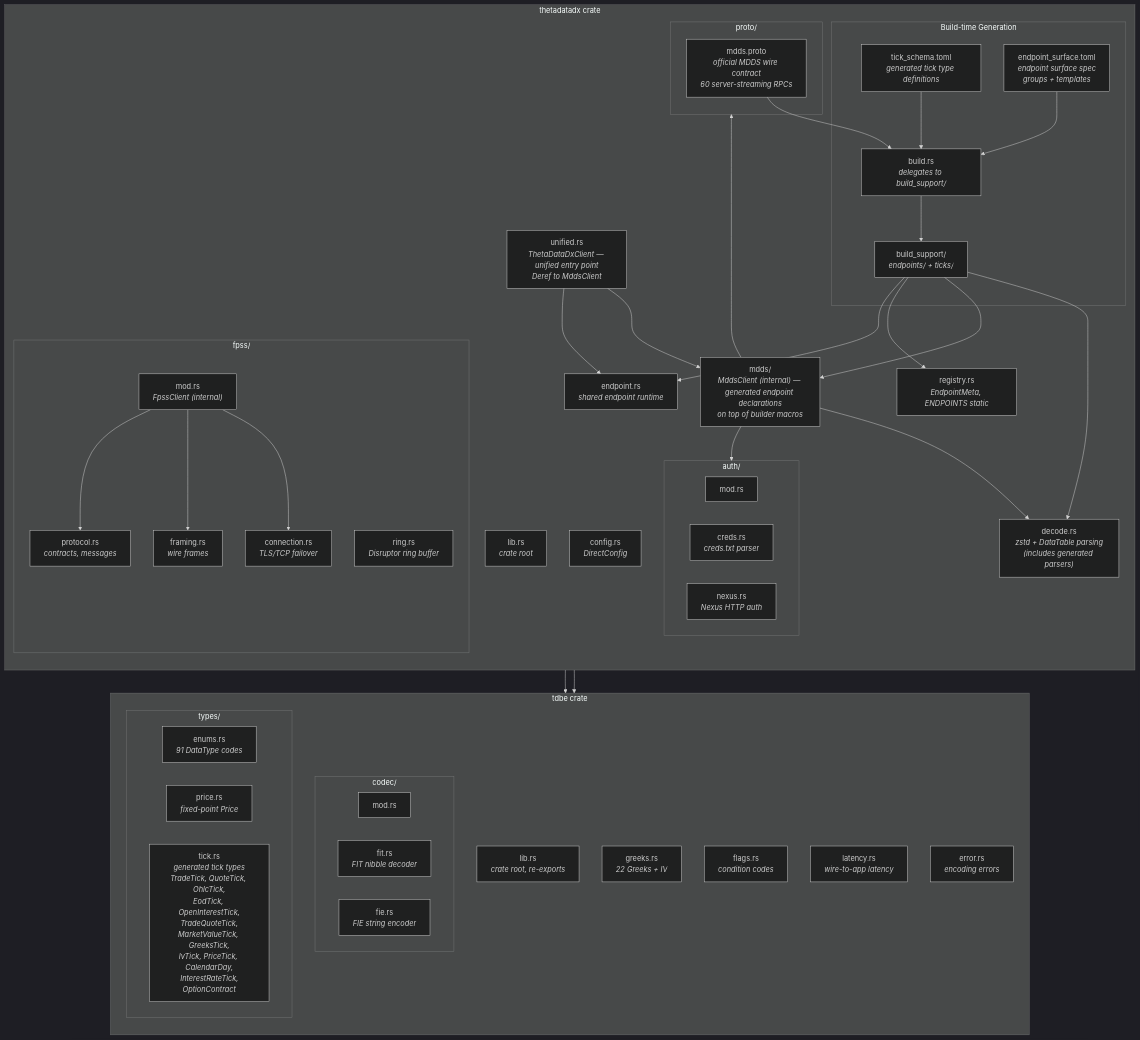
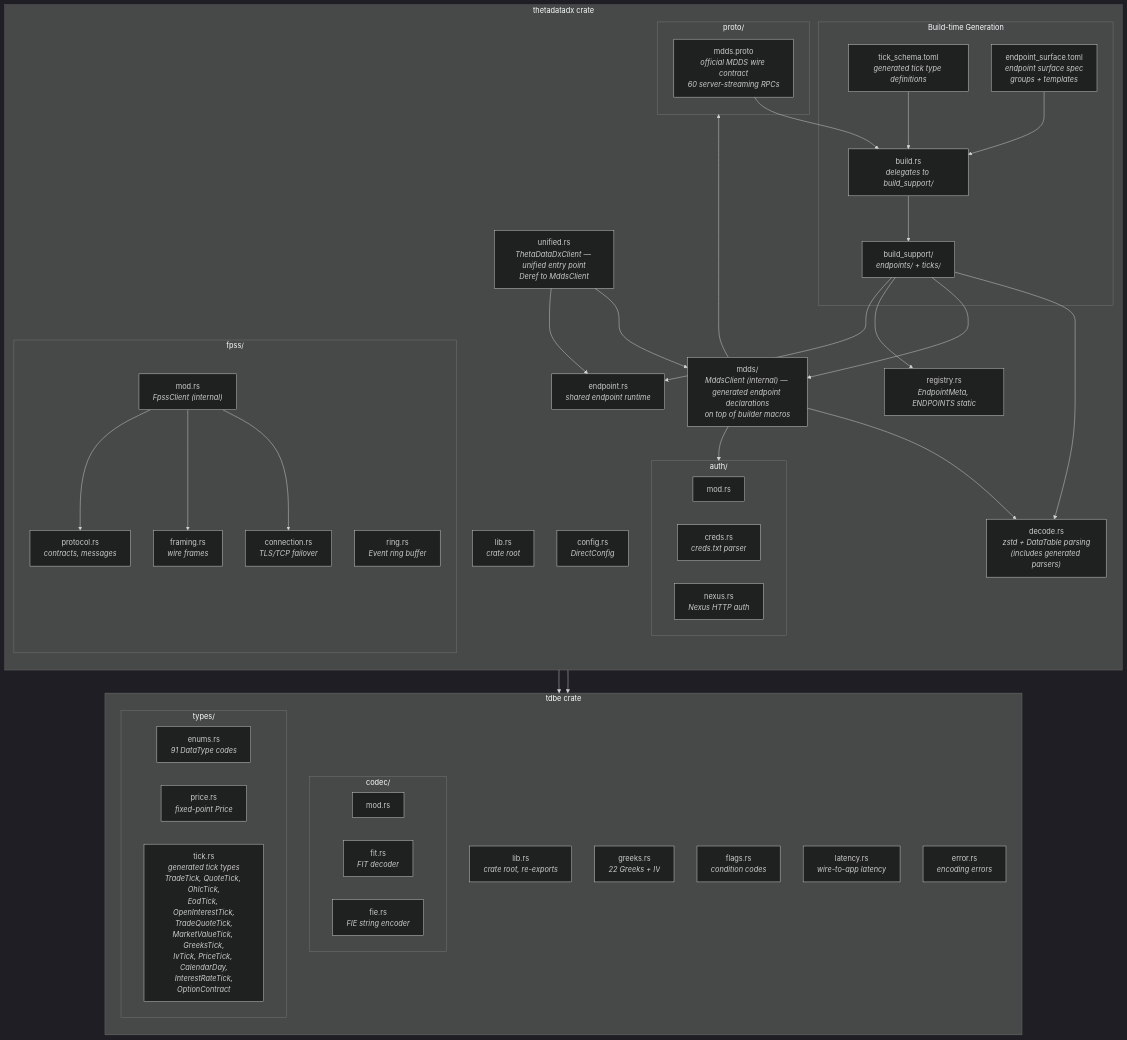
Before and after one commit to userFRM/ThetaDataDx: diagram 15 of 15 in docs/architecture.md, drawn with Mermaid (dark theme). The commit also changed other lines of this file and 252 other files, not shown here.

````diff
--- a/docs/architecture.md
+++ b/docs/architecture.md
@@ -516,80 +516,80 @@
 ```mermaid
 graph TD
     subgraph "tdbe crate"
         direction TB
         TDBE_LIB["lib.rs<br/><i>crate root, re-exports</i>"]
 
         subgraph tdbe_codec["codec/"]
             C_MOD["mod.rs"]
-            C_FIT["fit.rs<br/><i>FIT nibble decoder</i>"]
+            C_FIT["fit.rs<br/><i>FIT decoder</i>"]
             C_FIE["fie.rs<br/><i>FIE string encoder</i>"]
         end
 
         subgraph tdbe_types["types/"]
             T_ENUM["enums.rs<br/><i>91 DataType codes</i>"]
             T_PRICE["price.rs<br/><i>fixed-point Price</i>"]
             T_TICK["tick.rs<br/><i>generated tick types<br/>TradeTick, QuoteTick, OhlcTick,<br/>EodTick, OpenInterestTick,<br/>TradeQuoteTick,<br/>MarketValueTick, GreeksTick,<br/>IvTick, PriceTick, CalendarDay,<br/>InterestRateTick,<br/>OptionContract</i>"]
         end
 
         TDBE_GREEKS["greeks.rs<br/><i>22 Greeks + IV</i>"]
         TDBE_FLAGS["flags.rs<br/><i>condition codes</i>"]
         TDBE_LATENCY["latency.rs<br/><i>wire-to-app latency</i>"]
         TDBE_ERROR["error.rs<br/><i>encoding errors</i>"]
     end
 
     subgraph "thetadatadx crate"
         direction TB
         LIB["lib.rs<br/><i>crate root</i>"]
 
         subgraph auth["auth/"]
             A_MOD["mod.rs"]
             A_CREDS["creds.rs<br/><i>creds.txt parser</i>"]
             A_NEXUS["nexus.rs<br/><i>Nexus HTTP auth</i>"]
         end
 
         subgraph fpss["fpss/"]
             F_MOD["mod.rs<br/><i>FpssClient (internal)</i>"]
             F_CONN["connection.rs<br/><i>TLS/TCP failover</i>"]
             F_FRAME["framing.rs<br/><i>wire frames</i>"]
             F_PROTO["protocol.rs<br/><i>contracts, messages</i>"]
-            F_RING["ring.rs<br/><i>Disruptor ring buffer</i>"]
+            F_RING["ring.rs<br/><i>Event ring buffer</i>"]
         end
 
         UNIFIED["unified.rs<br/><i>ThetaDataDxClient — unified entry point<br/>Deref to MddsClient</i>"]
         DIRECT["mdds/<br/><i>MddsClient (internal) — generated endpoint declarations<br/>on top of builder macros</i>"]
         ENDPOINT_RT["endpoint.rs<br/><i>shared endpoint runtime</i>"]
         CONFIG["config.rs<br/><i>DirectConfig</i>"]
         DECODE["decode.rs<br/><i>zstd + DataTable parsing<br/>(includes generated parsers)</i>"]
         REGISTRY["registry.rs<br/><i>EndpointMeta, ENDPOINTS static</i>"]
 
         subgraph codegen["Build-time Generation"]
             SCHEMA["tick_schema.toml<br/><i>generated tick type definitions</i>"]
             SURFACE["endpoint_surface.toml<br/><i>endpoint surface spec<br/>groups + templates</i>"]
             BUILD["build.rs<br/><i>delegates to build_support/</i>"]
             SUPPORT["build_support/<br/><i>endpoints/ + ticks/</i>"]
         end
 
         subgraph proto["proto/"]
             P_EXT["mdds.proto<br/><i>official MDDS wire contract<br/>60 server-streaming RPCs</i>"]
         end
     end
 
     LIB --> TDBE_LIB
     UNIFIED --> DIRECT
     UNIFIED --> ENDPOINT_RT
     DIRECT --> auth
     DIRECT --> DECODE
     DIRECT --> proto
     SCHEMA --> BUILD
     SURFACE --> BUILD
     P_EXT --> BUILD
     BUILD --> SUPPORT
     SUPPORT --> DECODE
     SUPPORT --> DIRECT
     SUPPORT --> REGISTRY
     SUPPORT --> ENDPOINT_RT
     F_MOD --> tdbe_codec
     F_MOD --> F_CONN
     F_MOD --> F_FRAME
     F_MOD --> F_PROTO
 ```
````
